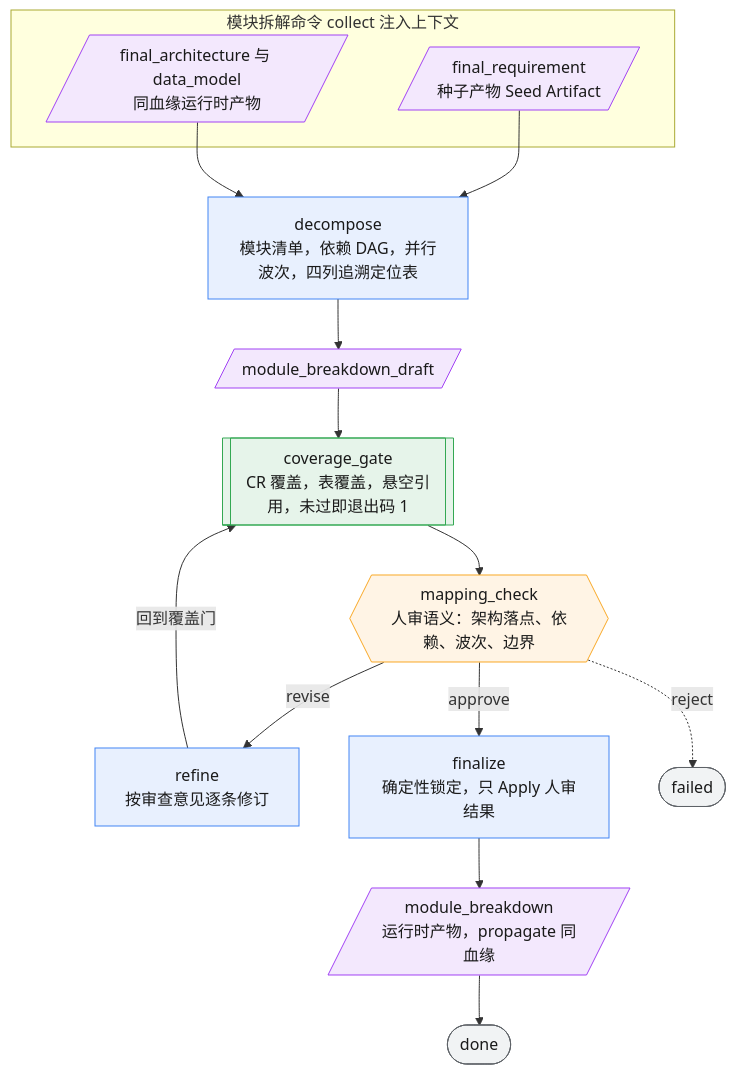
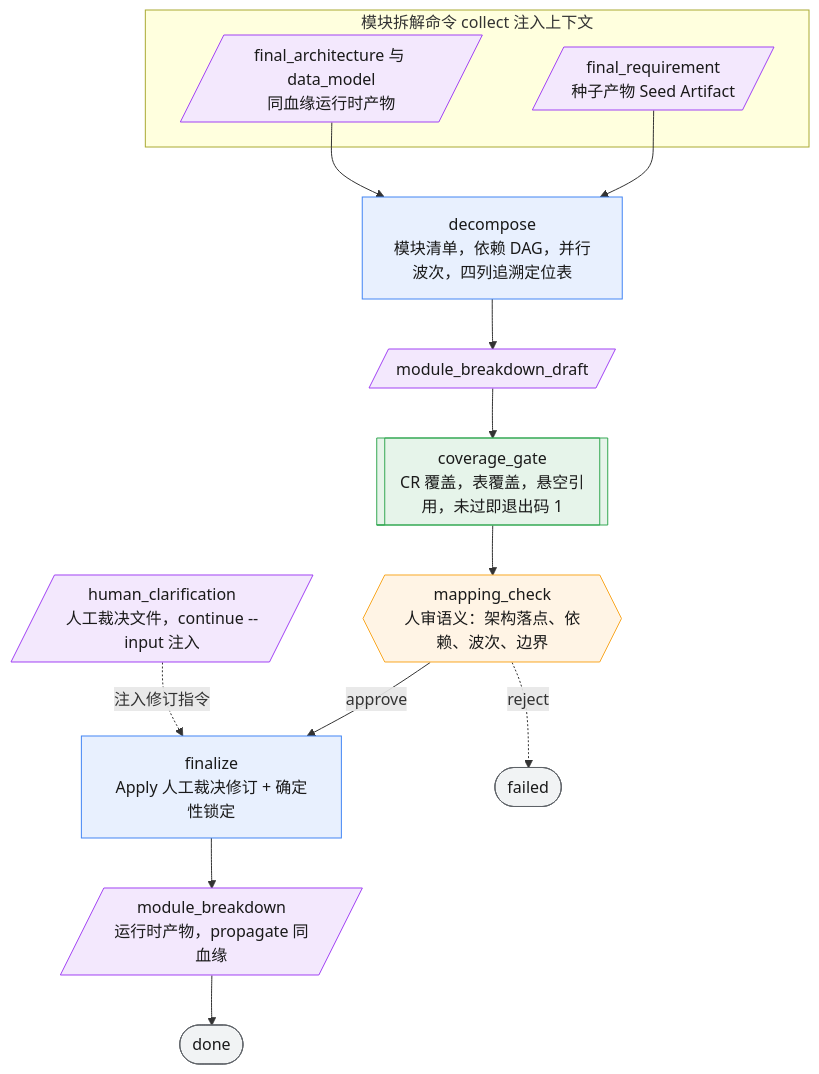
One commit to fengxinyhyl/agent-workflow changed the diagram in workflows/module-breakdown/README.md. Above: the diagram before and after it, drawn with Mermaid. The commit also changed other lines of this file and 18 other files, not shown here.

````diff
--- a/workflows/module-breakdown/README.md
+++ b/workflows/module-breakdown/README.md
@@ -34,35 +34,34 @@
 ```mermaid
 flowchart TD
     subgraph CTX["模块拆解命令 collect 注入上下文"]
         SEED[/"final_requirement<br/>种子产物 Seed Artifact"/]
         RT[/"final_architecture 与 data_model<br/>同血缘运行时产物"/]
     end
 
     DEC["decompose<br/>模块清单，依赖 DAG，并行波次，四列追溯定位表"]
     DRAFT[/"module_breakdown_draft"/]
     CG[["coverage_gate<br/>CR 覆盖，表覆盖，悬空引用，未过即退出码 1"]]
     MC{{"mapping_check<br/>人审语义：架构落点、依赖、波次、边界"}}
-    RF["refine<br/>按审查意见逐条修订"]
-    FIN["finalize<br/>确定性锁定，只 Apply 人审结果"]
+    CLAR[/"human_clarification<br/>人工裁决文件，continue --input 注入"/]
+    FIN["finalize<br/>Apply 人工裁决修订 + 确定性锁定"]
     MB[/"module_breakdown<br/>运行时产物，propagate 同血缘"/]
 
     SEED --> DEC
     RT --> DEC
     DEC --> DRAFT --> CG --> MC
-    MC -->|"revise"| RF
-    RF -->|"回到覆盖门"| CG
     MC -->|"approve"| FIN
+    CLAR -.->|"注入修订指令"| FIN
     FIN --> MB --> DONE(["done"])
     MC -.->|"reject"| FAIL(["failed"])
 
     classDef model fill:#e8f0fe,stroke:#4285f4,color:#1a1a1a;
     classDef gate fill:#fff4e5,stroke:#f9a825,color:#1a1a1a;
     classDef script fill:#e6f4ea,stroke:#34a853,color:#1a1a1a;
     classDef artifact fill:#f3e8fd,stroke:#a142f4,color:#1a1a1a;
     classDef term fill:#f1f3f4,stroke:#5f6368,color:#1a1a1a;
-    class DEC,RF,FIN model;
+    class DEC,FIN model;
     class MC gate;
     class CG script;
-    class SEED,RT,DRAFT,MB artifact;
+    class SEED,RT,DRAFT,CLAR,MB artifact;
     class DONE,FAIL term;
 ```
````
